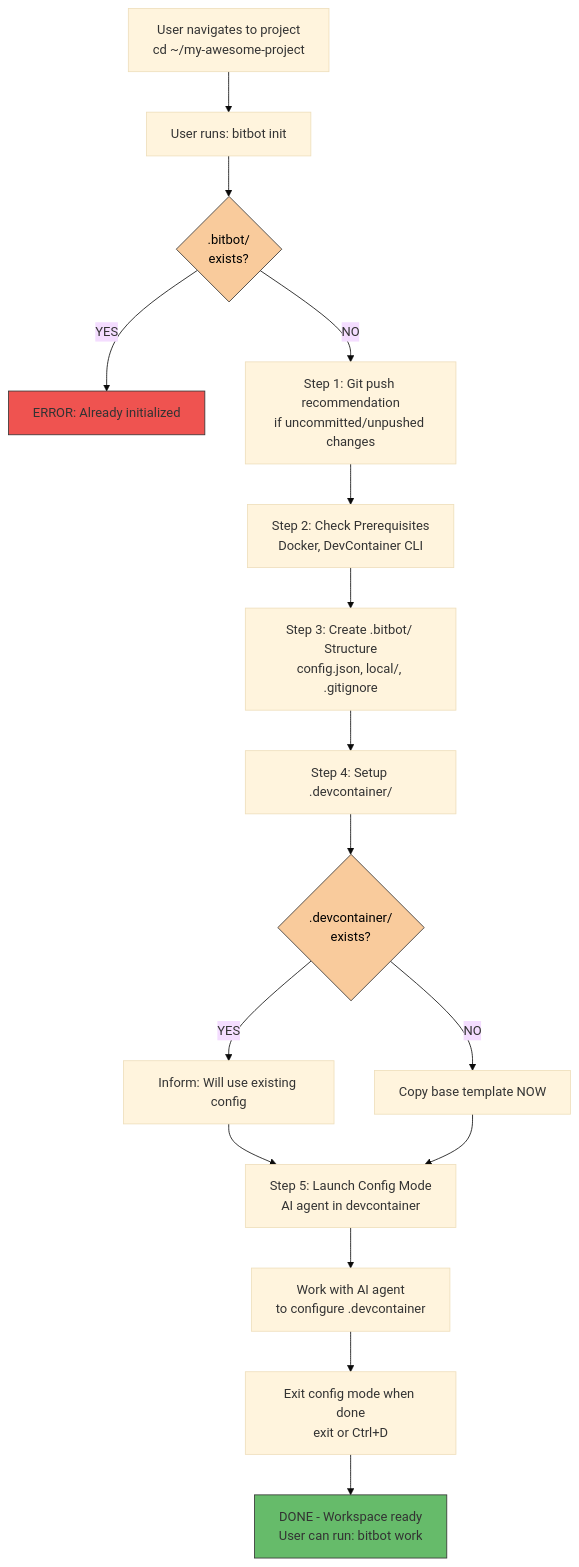
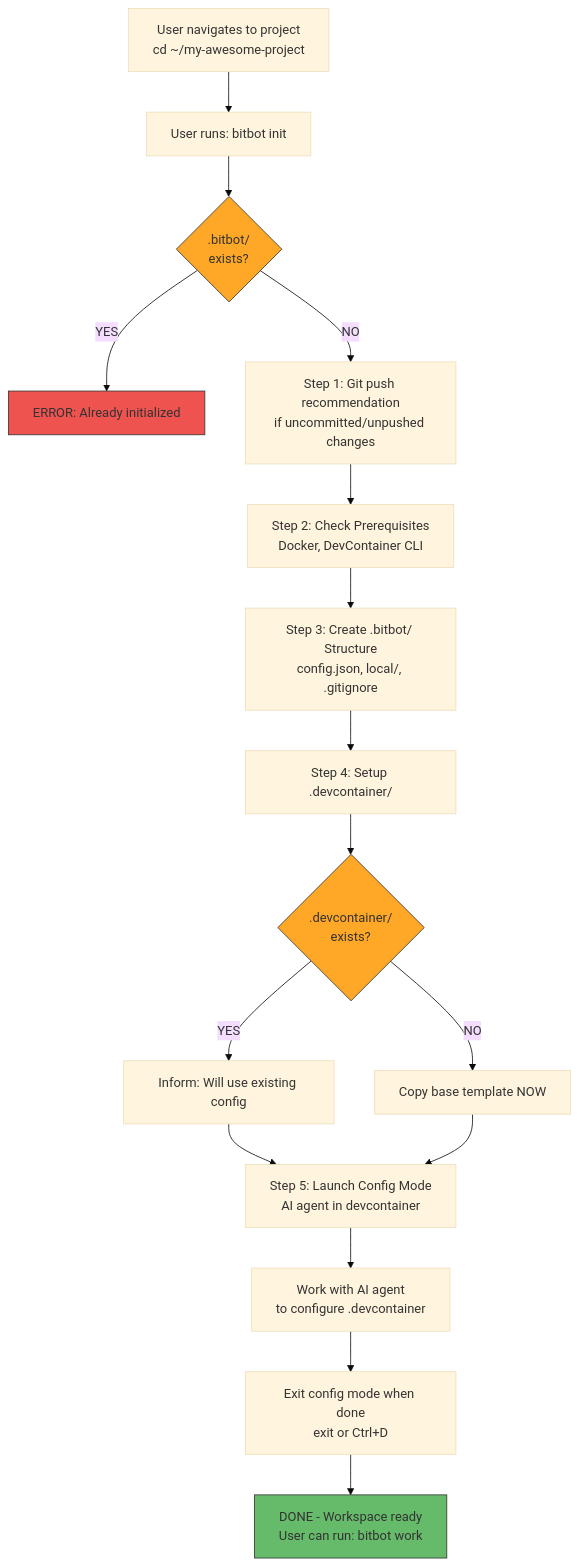
The diagram in sparc/2-pseudocode/FLOW_WORKSPACE_INIT.md (ManuelKugelmann/BitBot), drawn with Mermaid (base theme) before and after one commit.

Commit message:
Apply FLOW_INNER_BITBOT color scheme to FLOW_WORKSPACE_INIT
Updated FLOW_WORKSPACE_INIT.md:
- Peach (#f9cb9c) → Orange (#ffa726,color:#333) for check nodes

Simplified to 4-color scheme: blue, orange, green, red.
Completes color scheme unification across all diagrams.

````diff
--- a/sparc/2-pseudocode/FLOW_WORKSPACE_INIT.md
+++ b/sparc/2-pseudocode/FLOW_WORKSPACE_INIT.md
@@ -19,33 +19,33 @@
 ```mermaid
 flowchart TD
     Start["User navigates to project<br/>cd ~/my-awesome-project"]
     Run["User runs: bitbot init"]
     CheckInit{.bitbot/<br/>exists?}
 
     Start --> Run --> CheckInit
 
     CheckInit -->|YES| Error[ERROR: Already initialized]
     CheckInit -->|NO| GitCheck[Step 1: Git push recommendation<br/>if uncommitted/unpushed changes]
 
     GitCheck --> Step2[Step 2: Check Prerequisites<br/>Docker, DevContainer CLI]
     Step2 --> Step3[Step 3: Create .bitbot/ Structure<br/>config.json, local/, .gitignore]
     Step3 --> Step4[Step 4: Setup .devcontainer/]
 
     Step4 --> DevContainerExists{.devcontainer/<br/>exists?}
 
     DevContainerExists -->|YES| Inform[Inform: Will use existing config]
     DevContainerExists -->|NO| CopyTemplate[Copy base template NOW]
 
     Inform --> Step5
     CopyTemplate --> Step5
 
     Step5[Step 5: Launch Config Mode<br/>AI agent in devcontainer]
     Step5 --> InConfig[Work with AI agent<br/>to configure .devcontainer]
     InConfig --> Exit[Exit config mode when done<br/>exit or Ctrl+D]
     Exit --> Done[DONE - Workspace ready<br/>User can run: bitbot work]
 
-    style CheckInit fill:#f9cb9c,stroke:#333,color:#000
-    style DevContainerExists fill:#f9cb9c,stroke:#333,color:#000
+    style CheckInit fill:#ffa726,stroke:#333,color:#333
+    style DevContainerExists fill:#ffa726,stroke:#333,color:#333
     style Error fill:#ef5350,stroke:#333,color:#333
     style Done fill:#66bb6a,stroke:#333,color:#333
 ```
````
